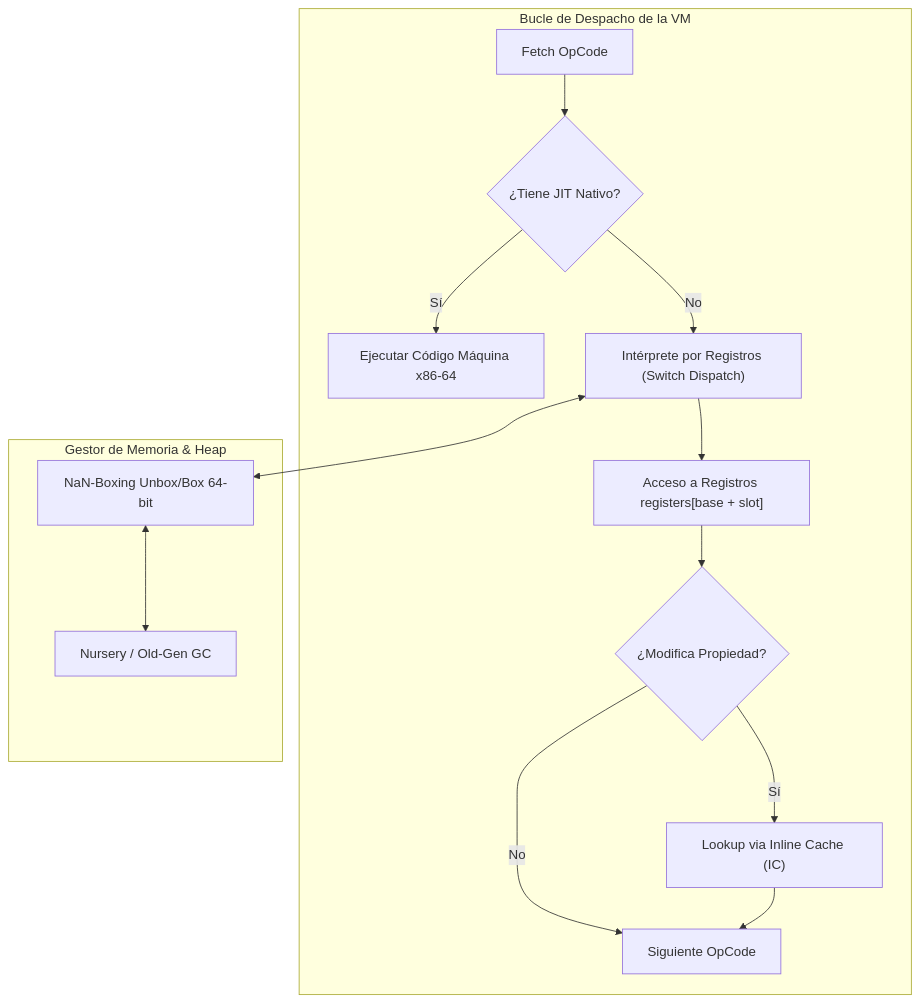
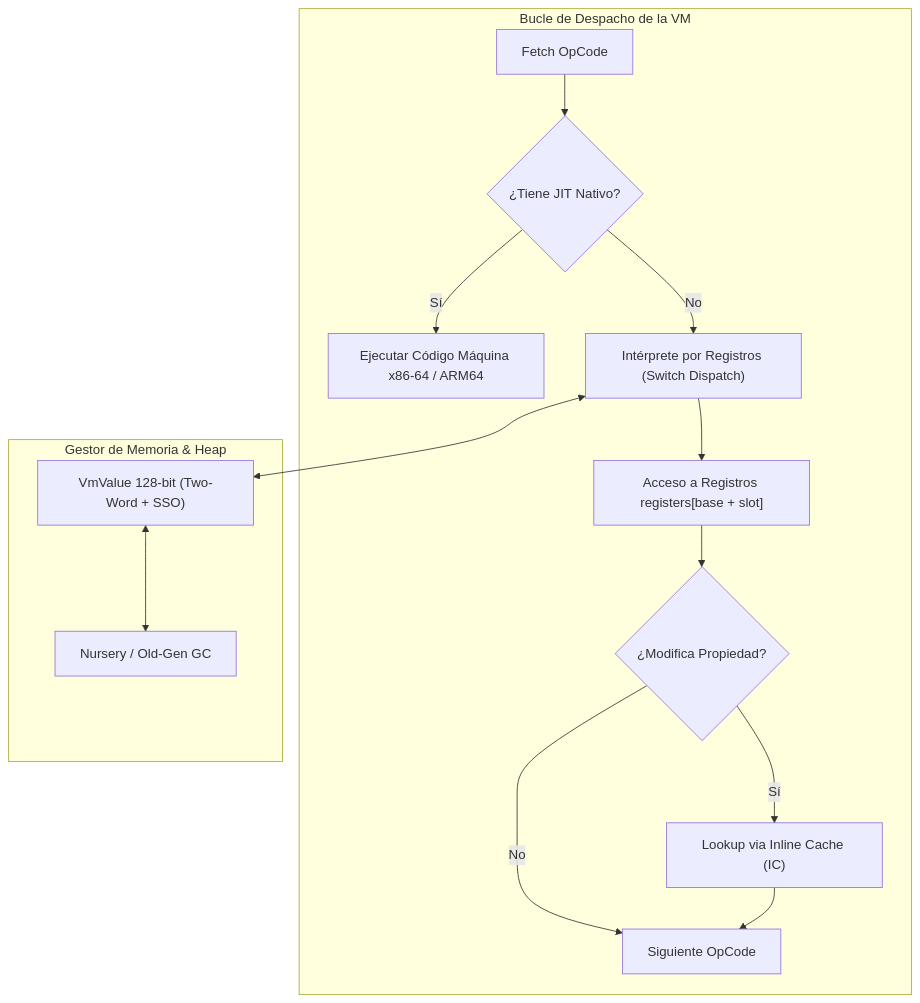
The first of 3 diagrams in docs/VM_ARCHITECTURE.md (carlos-burelo/varn), drawn with Mermaid before and after one commit. The commit also changed other lines of this file and 10 other files, not shown here.

Commit message:
docs: update architecture, TIR pipeline, 128-bit VmValue layout, and canonical types

````diff
--- a/docs/VM_ARCHITECTURE.md
+++ b/docs/VM_ARCHITECTURE.md
@@ -27,18 +27,18 @@
 ```mermaid
 flowchart TD
     subgraph Execution Loop ["Bucle de Despacho de la VM"]
         A["Fetch OpCode"] --> B{"¿Tiene JIT Nativo?"}
-        B -- Sí --> C["Ejecutar Código Máquina x86-64"]
+        B -- Sí --> C["Ejecutar Código Máquina x86-64 / ARM64"]
         B -- No --> D["Intérprete por Registros (Switch Dispatch)"]
         D --> E["Acceso a Registros registers[base + slot]"]
         E --> F{"¿Modifica Propiedad?"}
         F -- Sí --> G["Lookup via Inline Cache (IC)"]
         F -- No --> H["Siguiente OpCode"]
         G --> H
     end
 
     subgraph Memory ["Gestor de Memoria & Heap"]
-        D <--> I["NaN-Boxing Unbox/Box 64-bit"]
+        D <--> I["VmValue 128-bit (Two-Word + SSO)"]
         I <--> J["Nursery / Old-Gen GC"]
     end
 ```
````
